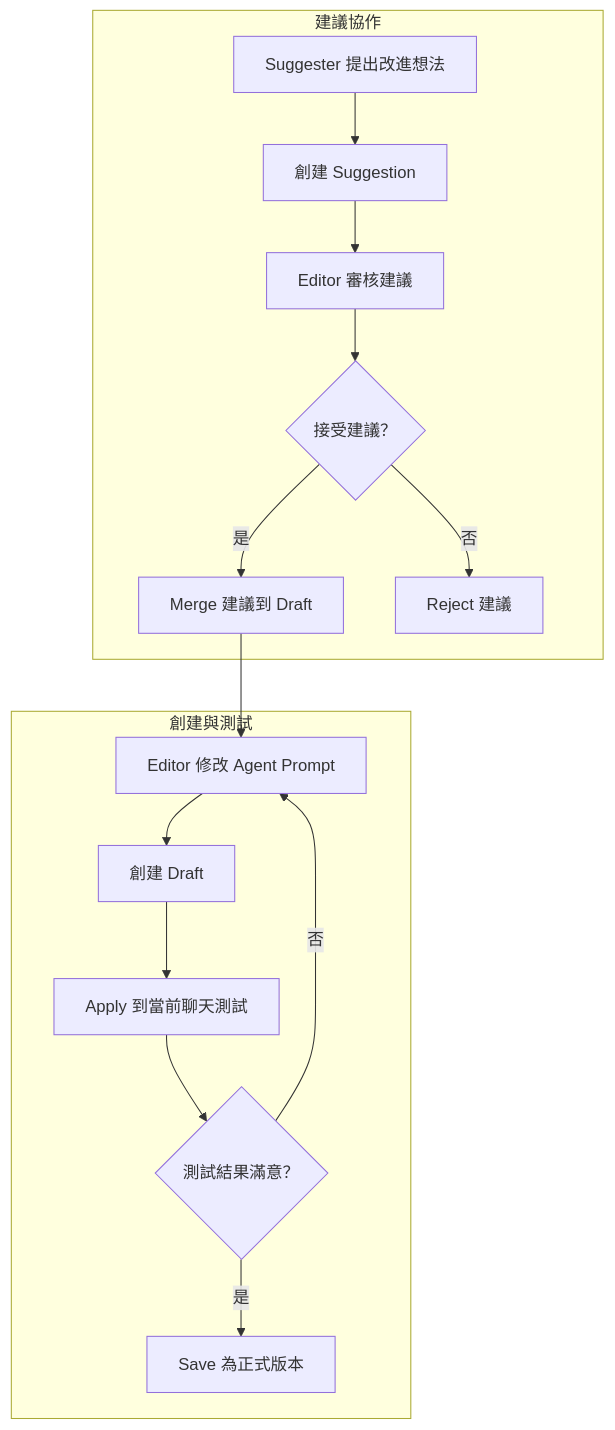
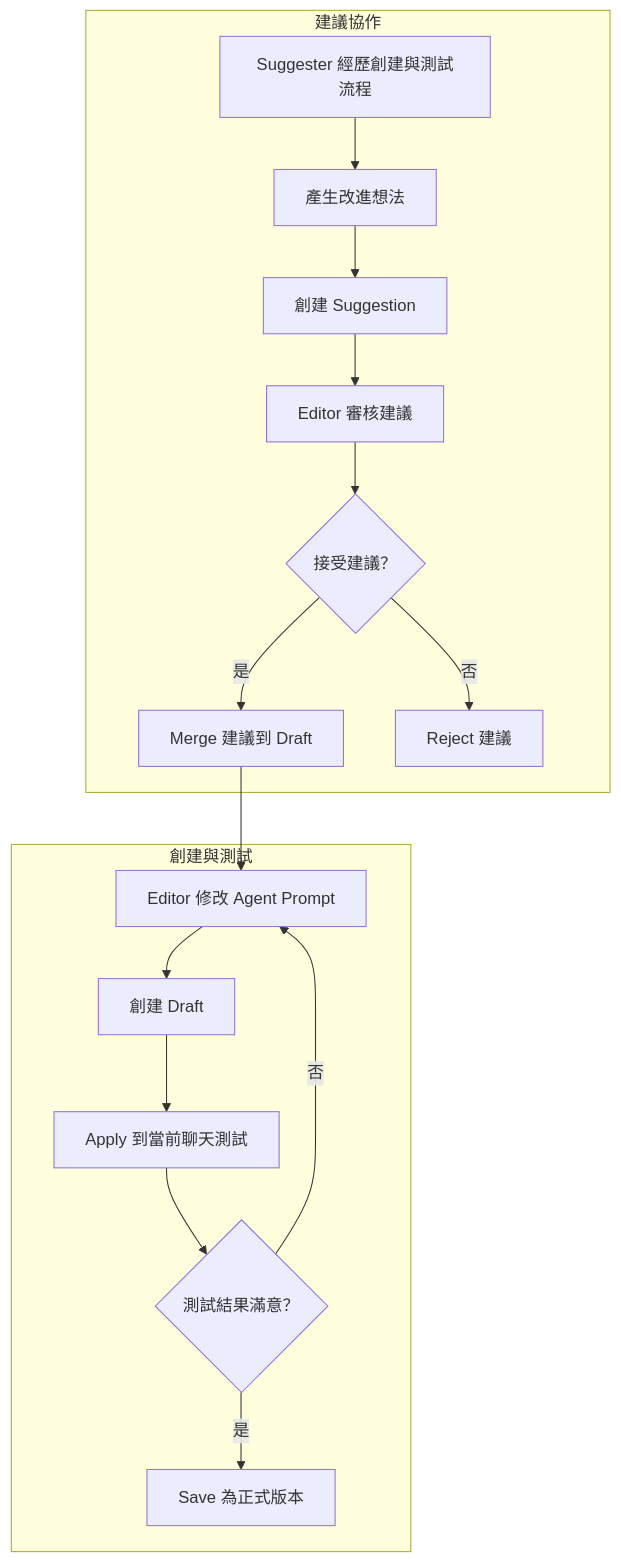
One commit to zhowzeng/v2-design-doc changed the second of 7 diagrams in design_doc.md. Above: the diagram before and after it, drawn with Mermaid. The commit also changed other lines of this file, not shown here.

````diff
--- a/design_doc.md
+++ b/design_doc.md
@@ -116,19 +117,20 @@
 ```mermaid
 graph TB
     subgraph "創建與測試"
         A[Editor 修改 Agent Prompt] --> B[創建 Draft]
         B --> C[Apply 到當前聊天測試]
         C --> D{測試結果滿意？}
         D -->|否| A
         D -->|是| E[Save 為正式版本]
     end
     
     subgraph "建議協作"
-        F[Suggester 提出改進想法] --> G[創建 Suggestion]
-        G --> H[Editor 審核建議]
-        H --> I{接受建議？}
-        I -->|是| J[Merge 建議到 Draft]
-        I -->|否| K[Reject 建議]
-        J --> A
+        F[Suggester 經歷創建與測試流程] --> G[產生改進想法]
+        G --> H[創建 Suggestion]
+        H --> I[Editor 審核建議]
+        I --> J{接受建議？}
+        J -->|是| K[Merge 建議到 Draft]
+        J -->|否| L[Reject 建議]
+        K --> A
     end
 ```
````
